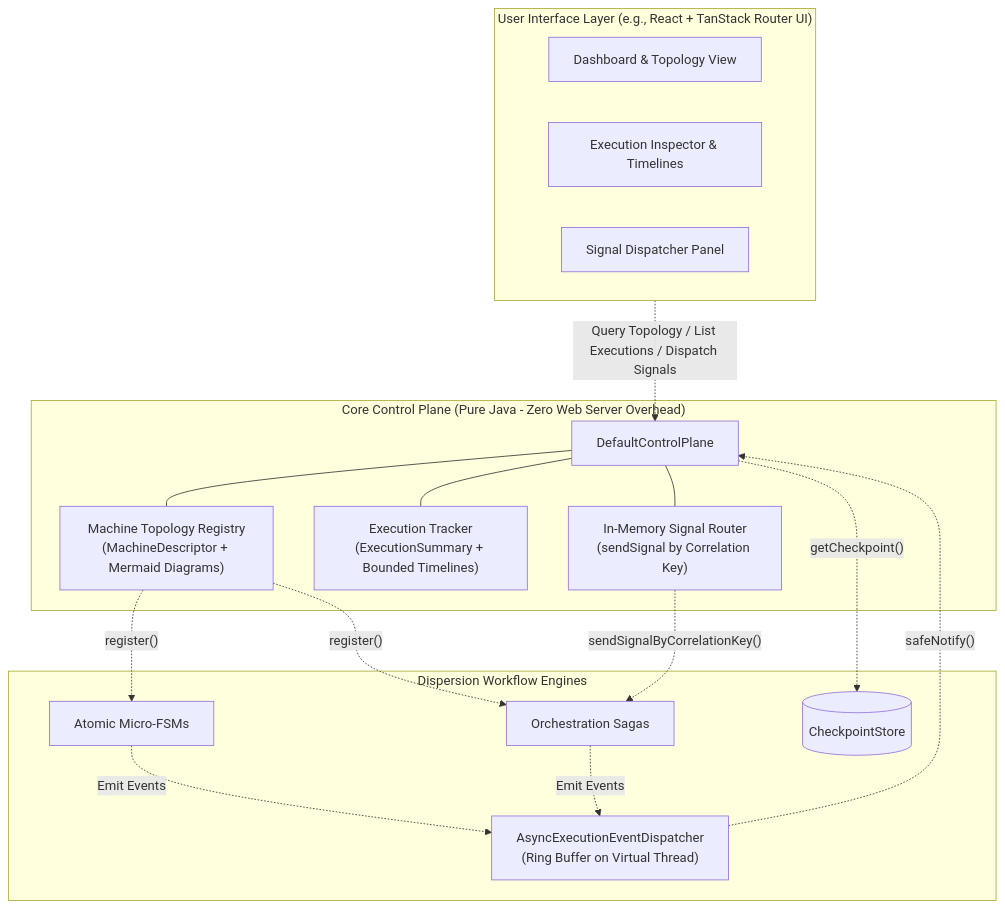
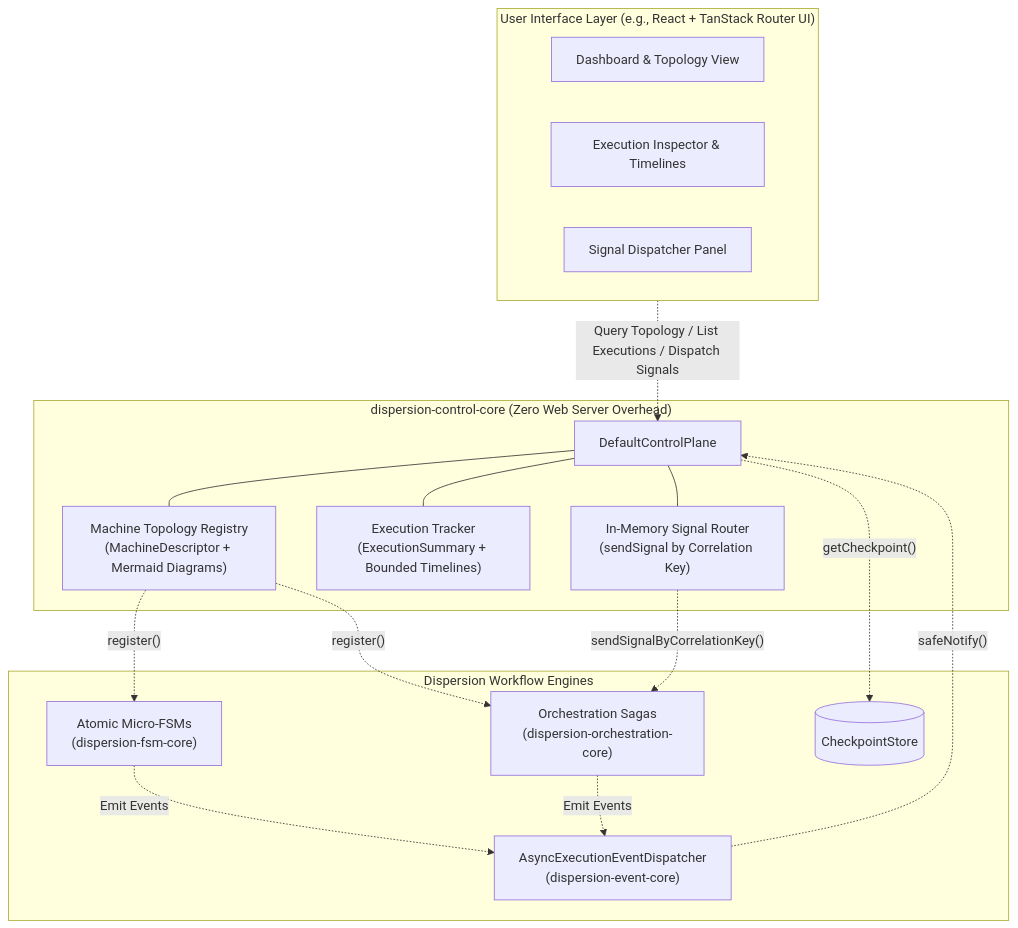
One commit to f442y/dispersion changed the diagram in docs/observability-and-control-plane.md. Above: the diagram before and after it, drawn with Mermaid. The commit also changed other lines of this file and 7 other files, not shown here.

````diff
--- a/docs/observability-and-control-plane.md
+++ b/docs/observability-and-control-plane.md
@@ -11,34 +19,34 @@
 ```mermaid
 graph TD
     subgraph UI_Layer["User Interface Layer (e.g., React + TanStack Router UI)"]
         DASH["Dashboard & Topology View"]
         INSPECT["Execution Inspector & Timelines"]
         CTRL["Signal Dispatcher Panel"]
     end
 
-    subgraph Control_Plane["Core Control Plane (Pure Java - Zero Web Server Overhead)"]
+    subgraph Control_Plane["dispersion-control-core (Zero Web Server Overhead)"]
         CP["DefaultControlPlane"]
         REG["Machine Topology Registry<br/>(MachineDescriptor + Mermaid Diagrams)"]
         LIVE["Execution Tracker<br/>(ExecutionSummary + Bounded Timelines)"]
         ROUTER["In-Memory Signal Router<br/>(sendSignal by Correlation Key)"]
 
         CP --- REG
         CP --- LIVE
         CP --- ROUTER
     end
 
     subgraph Engines["Dispersion Workflow Engines"]
-        ATOM["Atomic Micro-FSMs"]
-        ORCH["Orchestration Sagas"]
-        DISP["AsyncExecutionEventDispatcher<br/>(Ring Buffer on Virtual Thread)"]
+        ATOM["Atomic Micro-FSMs<br/>(dispersion-fsm-core)"]
+        ORCH["Orchestration Sagas<br/>(dispersion-orchestration-core)"]
+        DISP["AsyncExecutionEventDispatcher<br/>(dispersion-event-core)"]
         STORE[("CheckpointStore")]
     end
 
     UI_Layer -.->|"Query Topology / List Executions / Dispatch Signals"| CP
     REG -.->|"register()"| ATOM
     REG -.->|"register()"| ORCH
     ATOM & ORCH -.->|"Emit Events"| DISP
     DISP -.->|"safeNotify()"| CP
     ROUTER -.->|"sendSignalByCorrelationKey()"| ORCH
     CP -.->|"getCheckpoint()"| STORE
 ```
````
